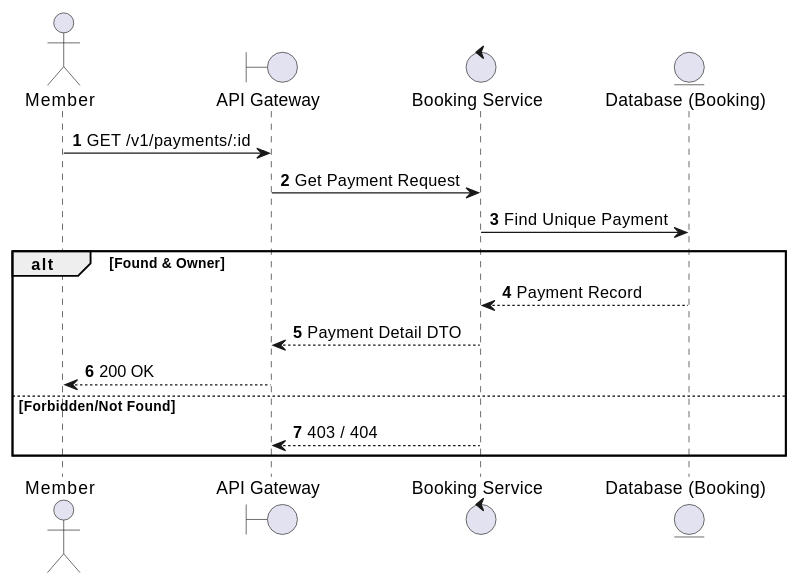
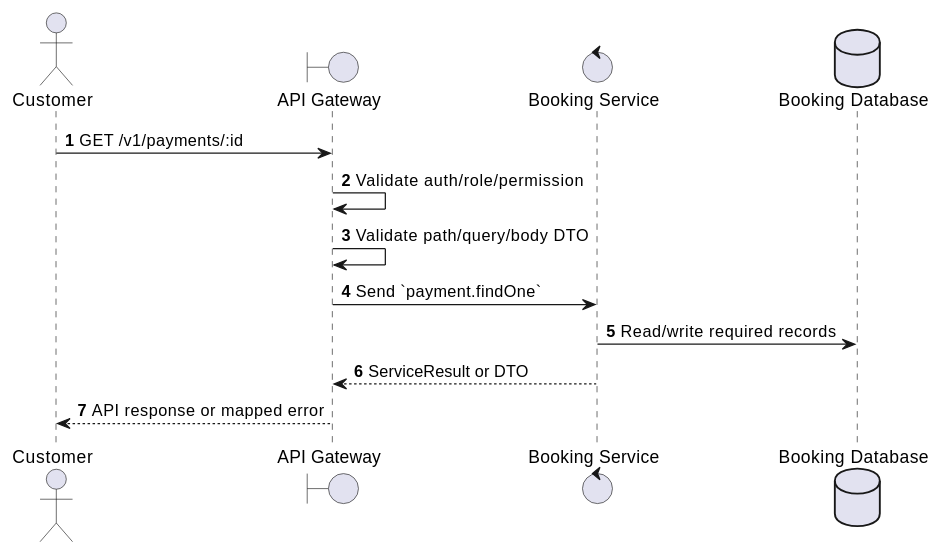
Before and after one commit to Tanh1603/movie-hub-architecture: the first of 2 diagrams in docs/functional_specs/3.6_Payment_Transaction_Module/PY-02_Get_Payment_Details.md, drawn with PlantUML. The commit also changed other lines of this file and 126 other files, not shown here.

````diff
--- a/docs/functional_specs/3.6_Payment_Transaction_Module/PY-02_Get_Payment_Details.md
+++ b/docs/functional_specs/3.6_Payment_Transaction_Module/PY-02_Get_Payment_Details.md
@@ -17,20 +17,17 @@
 ```plantuml
 @startuml
 autonumber
-actor Member
+actor "Customer" as Actor
 boundary "API Gateway" as GW
-control "Booking Service" as BS
-entity "Database (Booking)" as DB
+control "Booking Service" as SVC
+database "Booking Database" as DB
 
-Member -> GW: GET /v1/payments/:id
-GW -> BS: Get Payment Request
-BS -> DB: Find Unique Payment
-alt Found & Owner
-    DB --> BS: Payment Record
-    BS --> GW: Payment Detail DTO
-    GW --> Member: 200 OK
-else Forbidden/Not Found
-    BS --> GW: 403 / 404
-end
+Actor -> GW: GET /v1/payments/:id
+GW -> GW: Validate auth/role/permission
+GW -> GW: Validate path/query/body DTO
+GW -> SVC: Send `payment.findOne`
+SVC -> DB: Read/write required records
+SVC --> GW: ServiceResult or DTO
+GW --> Actor: API response or mapped error
 @enduml
 ```
````
